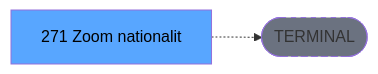
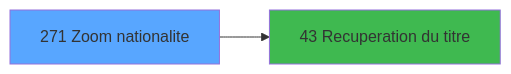
Before and after one commit to thonyAGP/magic-migration: the third of 3 diagrams in .openspec/specs/ADH-IDE-271.md, drawn with Mermaid. The commit also changed other lines of this file and 493 other files, not shown here.

````diff
--- a/.openspec/specs/ADH-IDE-271.md
+++ b/.openspec/specs/ADH-IDE-271.md
@@ -138,8 +190,8 @@
 ```mermaid
 graph LR
-    T[271 Zoom nationalit]
-    TERM([TERMINAL])
-    T -.-> TERM
-    style TERM fill:#6b7280,stroke-dasharray: 5 5
-    style T fill:#58a6ff,color:#000
+    T271[271 Zoom nationalite]
+    style T271 fill:#58a6ff
+    C43[43 Recuperation du titre]
+    T271 --> C43
+    style C43 fill:#3fb950
 ```
````
